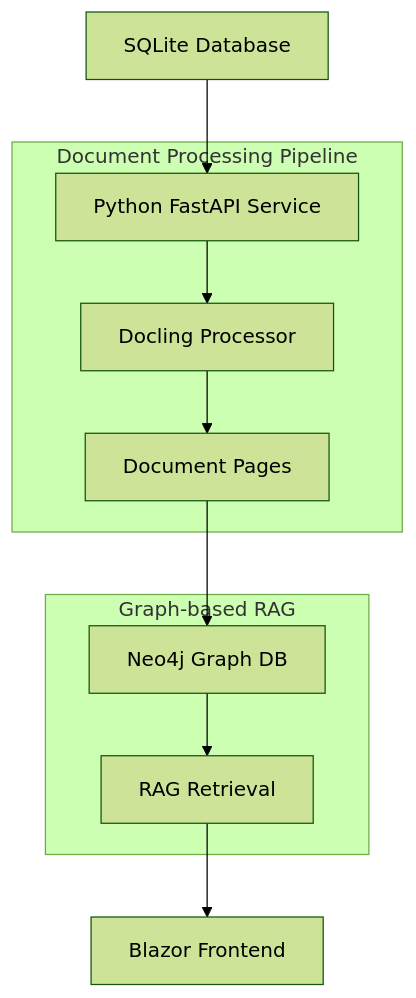
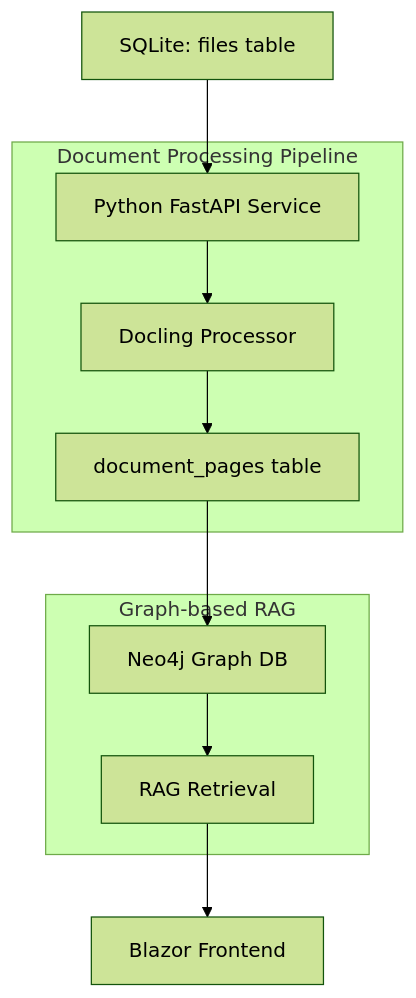
The diagram in docs/RAG_IMPLEMENTATION.md (eric-vanartsdalen/AspireAI), drawn with Mermaid (forest theme) before and after one commit. The commit also changed other lines of this file and 19 other files, not shown here.

````diff
--- a/docs/RAG_IMPLEMENTATION.md
+++ b/docs/RAG_IMPLEMENTATION.md
@@ -11,20 +11,20 @@
 ```mermaid
 graph TB
-    A[SQLite Database] --> B[Python FastAPI Service]
+    A[SQLite: files table] --> B[Python FastAPI Service]
     B --> C[Docling Processor]
-    C --> D[Document Pages]
+    C --> D[document_pages table]
     D --> E[Neo4j Graph DB]
     E --> F[RAG Retrieval]
     F --> G[Blazor Frontend]
     
     subgraph "Document Processing Pipeline"
         B
         C
         D
     end
     
     subgraph "Graph-based RAG"
         E
         F
     end
 ```
````
